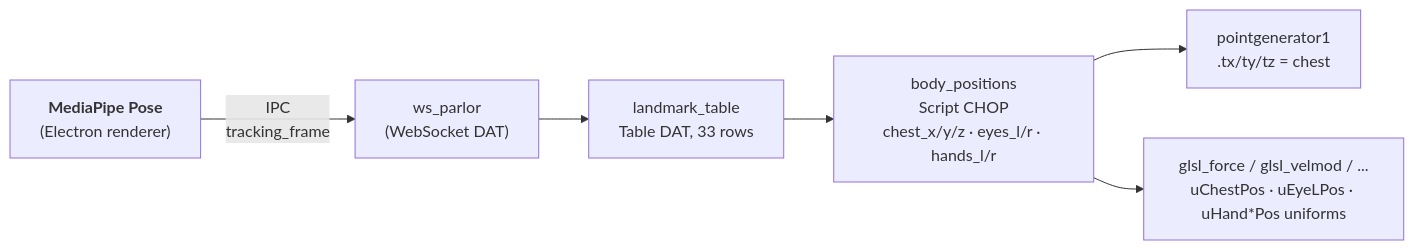
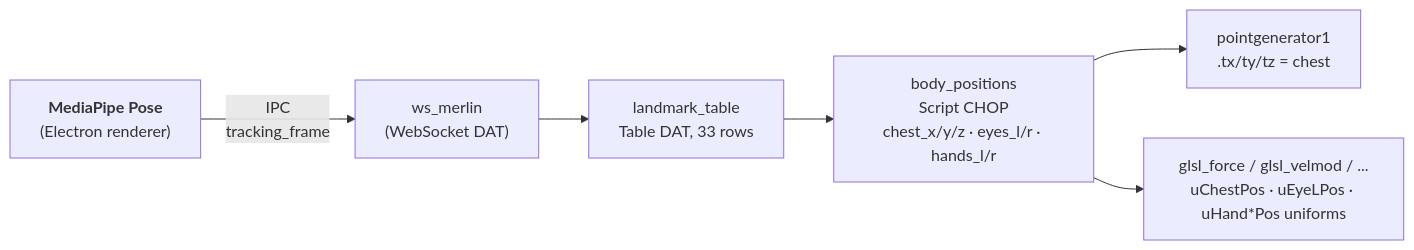
Before and after one commit to seethroughlab/merlin: the first of 2 diagrams in td/ARCHITECTURE.md, drawn with Mermaid. The commit also changed other lines of this file and 4 other files, not shown here.

First line of the commit message:
Rename: parlor -> merlin everywhere

````diff
--- a/td/ARCHITECTURE.md
+++ b/td/ARCHITECTURE.md
@@ -64,8 +64,8 @@
 ```mermaid
 flowchart LR
-    MP["<b>MediaPipe Pose</b><br/>(Electron renderer)"] -- IPC<br/>tracking_frame --> WS["ws_parlor<br/>(WebSocket DAT)"]
+    MP["<b>MediaPipe Pose</b><br/>(Electron renderer)"] -- IPC<br/>tracking_frame --> WS["ws_merlin<br/>(WebSocket DAT)"]
     WS --> LT["landmark_table<br/>Table DAT, 33 rows"]
     LT --> BP["body_positions<br/>Script CHOP<br/>chest_x/y/z · eyes_l/r · hands_l/r"]
     BP --> PG["pointgenerator1<br/>.tx/ty/tz = chest"]
     BP --> GZ["glsl_force / glsl_velmod / ...<br/>uChestPos · uEyeLPos · uHand*Pos uniforms"]
 ```
````
